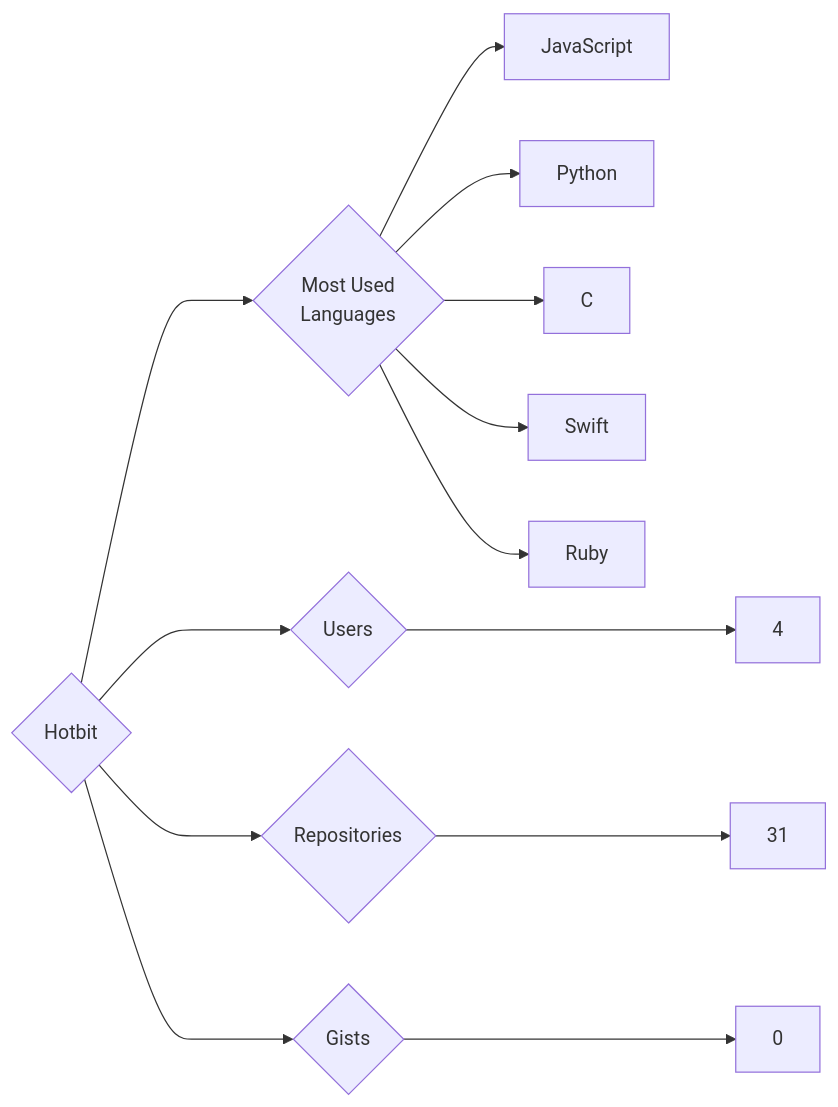
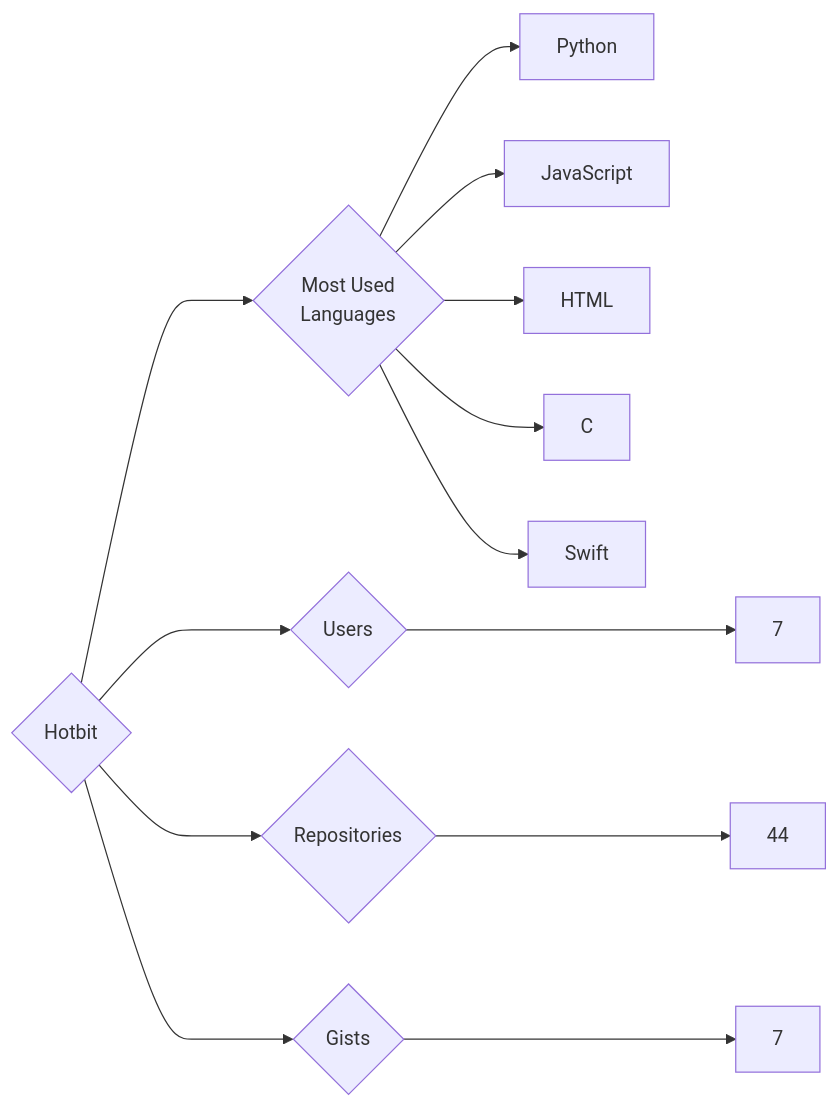
One commit to trickest/insiders changed the diagram in targets/Hotbit/README.md. Above: the diagram before and after it, drawn with Mermaid. The commit also changed 1030 other files, not shown here.

````diff
--- a/targets/Hotbit/README.md
+++ b/targets/Hotbit/README.md
@@ -3,13 +3,13 @@
 ```mermaid
 graph LR
 COMPANY_NAME{Hotbit}
-COMPANY_NAME ---> U{Users} ---> UN[4]
-COMPANY_NAME ---> R{Repositories} ---> RN[31]
-COMPANY_NAME ---> G{Gists} ---> GN[0]
+COMPANY_NAME ---> U{Users} ---> UN[7]
+COMPANY_NAME ---> R{Repositories} ---> RN[44]
+COMPANY_NAME ---> G{Gists} ---> GN[7]
 COMPANY_NAME ---> ML{Most Used<br>Languages}
+ML --> Python[Python]
 ML --> JavaScript[JavaScript]
-ML --> Python[Python]
+ML --> HTML[HTML]
 ML --> C[C]
 ML --> Swift[Swift]
-ML --> Ruby[Ruby]
 ```
````
